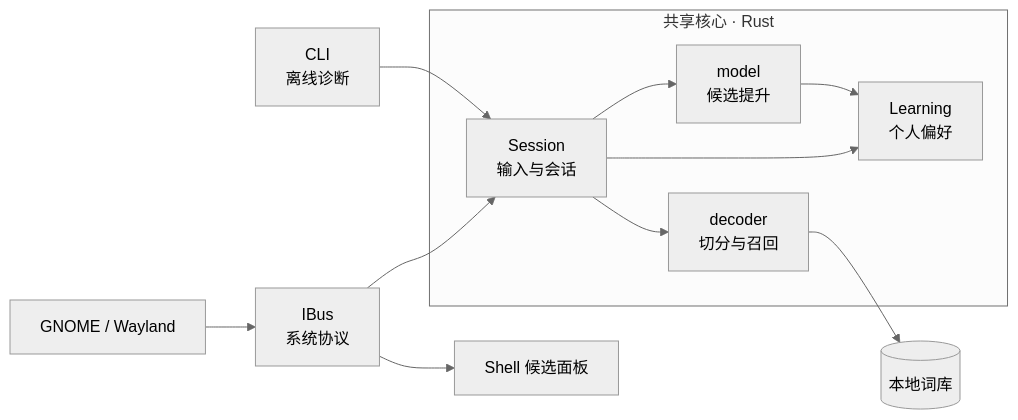
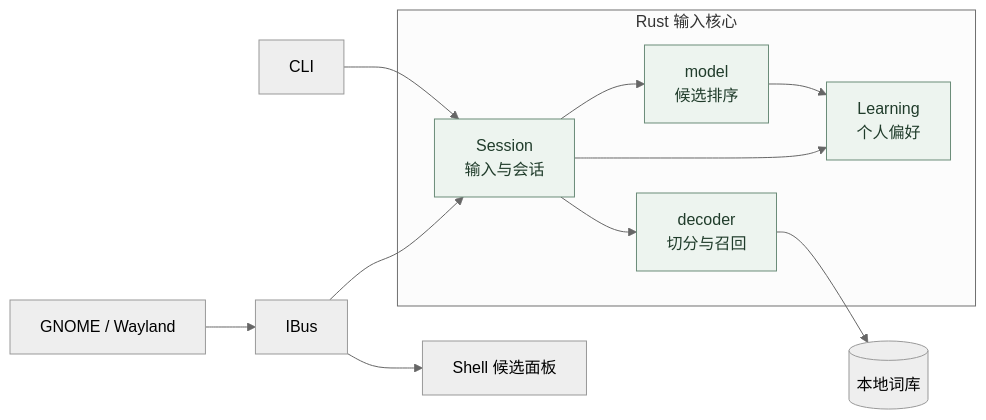
Before and after one commit to NEX-S/yanliu: the first of 3 diagrams in README.md, drawn with Mermaid (neutral theme). The commit also changed other lines of this file and 3 other files, not shown here.

````diff
--- a/README.md
+++ b/README.md
@@ -49,24 +106,18 @@
 ```mermaid
 flowchart LR
-    App["GNOME / Wayland"]
-    IBus["IBus<br/>系统协议"]
-    CLI["CLI<br/>离线诊断"]
-    Panel["Shell 候选面板"]
+    App["GNOME / Wayland"] --> IBus["IBus"]
+    IBus --> Session
+    IBus --> Panel["Shell 候选面板"]
+    CLI["CLI"] --> Session
 
-    subgraph Core["共享核心 · Rust"]
-        Session["Session<br/>输入与会话"]
-        Decoder["decoder<br/>切分与召回"]
-        Model["model<br/>候选提升"]
-        Learning["Learning<br/>个人偏好"]
-        Session --> Decoder
-        Session --> Model
-        Session --> Learning
+    subgraph Core["Rust 输入核心"]
+        Session["Session<br/>输入与会话"] --> Decoder["decoder<br/>切分与召回"]
+        Session --> Model["model<br/>候选排序"]
+        Session --> Learning["Learning<br/>个人偏好"]
         Model --> Learning
     end
 
     Decoder --> Dictionary[("本地词库")]
-    App --> IBus
-    IBus --> Session
-    CLI --> Session
-    IBus --> Panel
+    classDef core fill:#edf4ef,stroke:#6b8c79,color:#203c2b
+    class Session,Decoder,Model,Learning core
 ```
````
